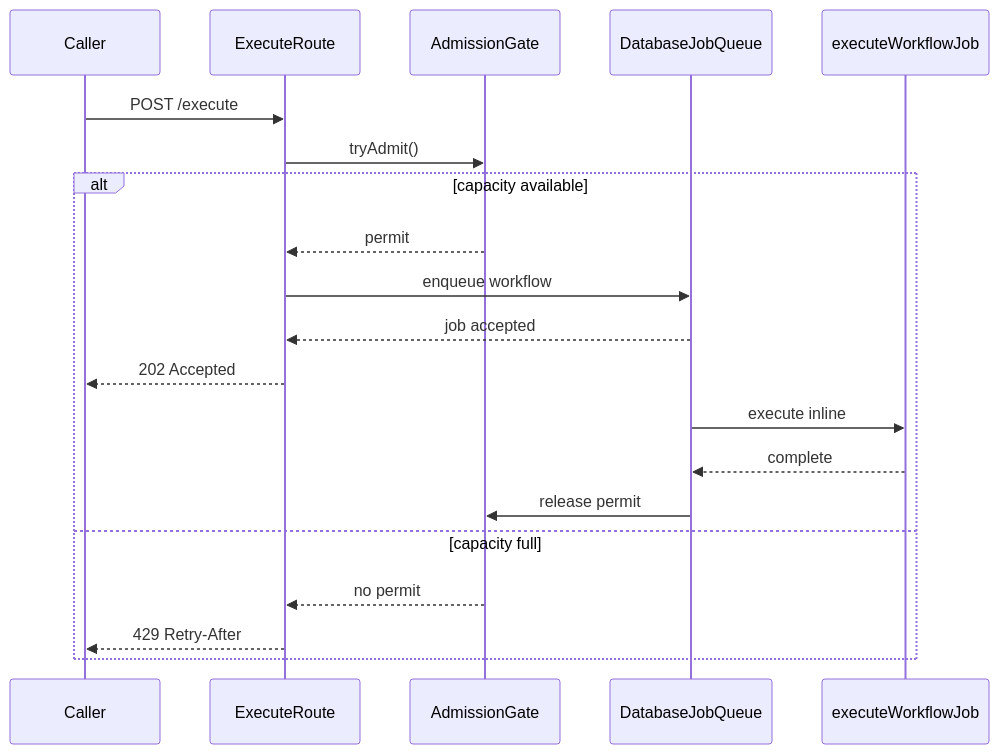
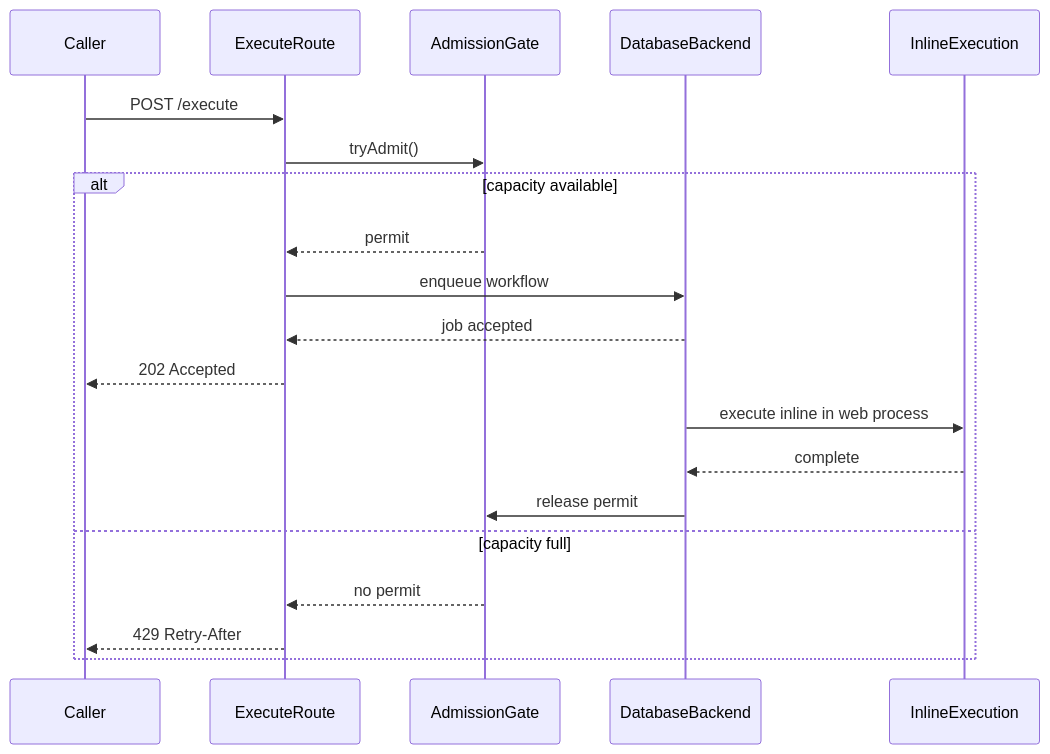
One commit to simstudioai/sim changed the second of 3 diagrams in docs/workflow-throughput-one-pager.md. Above: the diagram before and after it, drawn with Mermaid. The commit also changed other lines of this file and 8 other files, not shown here.

````diff
--- a/docs/workflow-throughput-one-pager.md
+++ b/docs/workflow-throughput-one-pager.md
@@ -61,23 +64,23 @@
 ```mermaid
 sequenceDiagram
     participant C as Caller
     participant R as ExecuteRoute
     participant G as AdmissionGate
-    participant Q as DatabaseJobQueue
-    participant E as executeWorkflowJob
+    participant Q as DatabaseBackend
+    participant E as InlineExecution
 
     C->>R: POST /execute
     R->>G: tryAdmit()
     alt capacity available
         G-->>R: permit
         R->>Q: enqueue workflow
         Q-->>R: job accepted
         R-->>C: 202 Accepted
-        Q->>E: execute inline
+        Q->>E: execute inline in web process
         E-->>Q: complete
         Q->>G: release permit
     else capacity full
         G-->>R: no permit
         R-->>C: 429 Retry-After
     end
 ```
````
